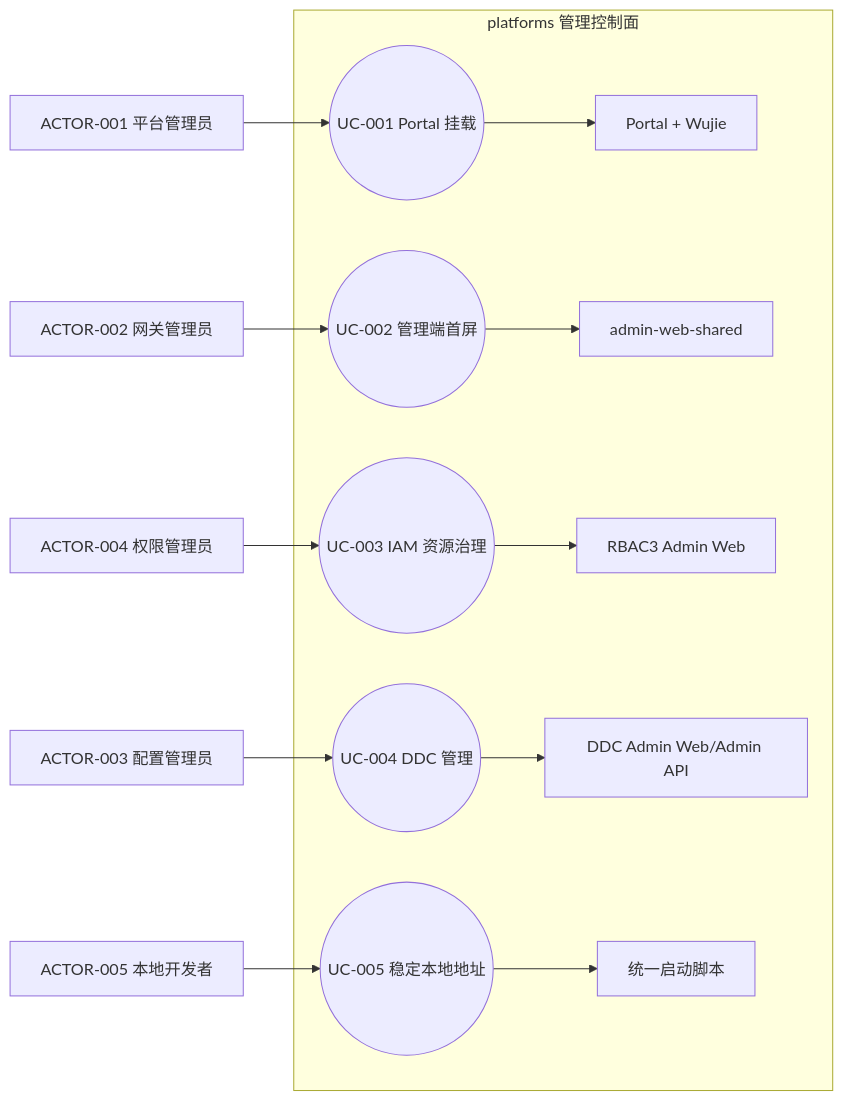
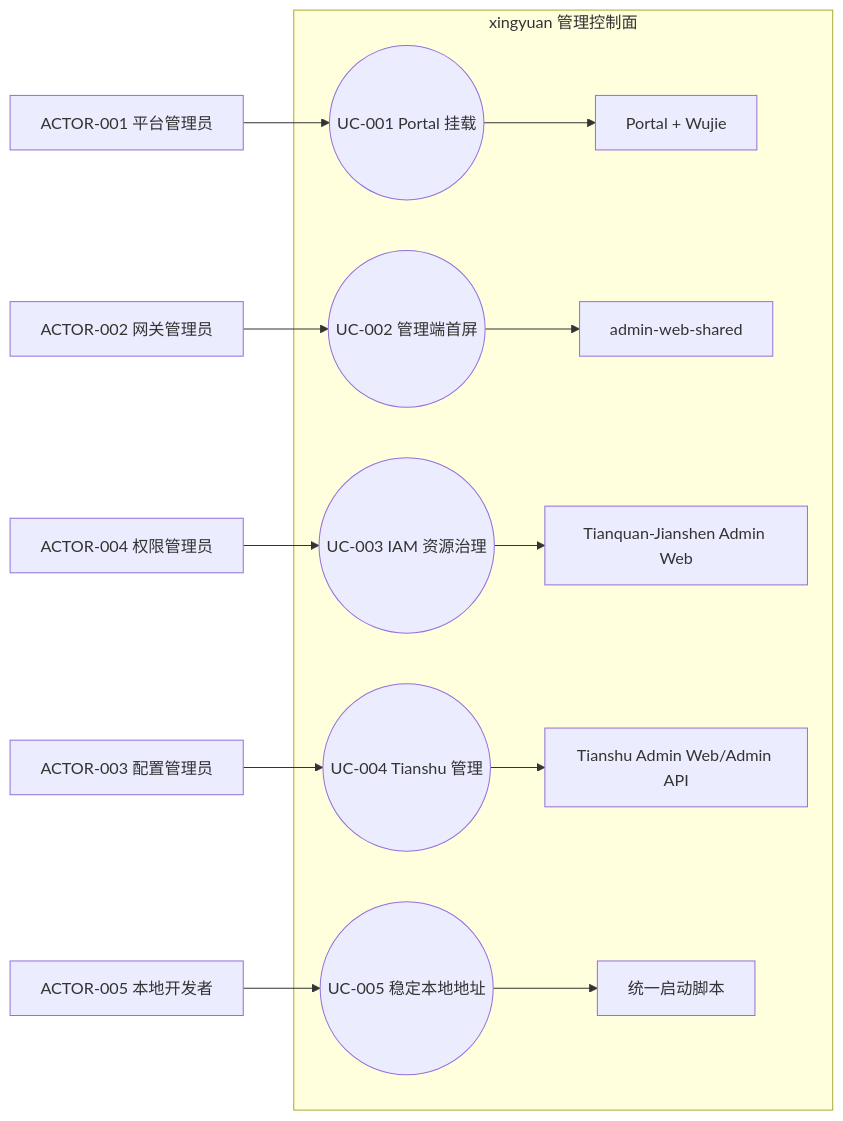
Before and after one commit to AllenDEricDAlexander/Egon-COLA: the first of 4 diagrams in docs/egon/spec/2026-08-28-11-06-platforms-web-runtime-repair-and-controller-coverage.md, drawn with Mermaid. The commit also changed other lines of this file and 233 other files, not shown here.

````diff
--- a/docs/egon/spec/2026-08-28-11-06-platforms-web-runtime-repair-and-controller-coverage.md
+++ b/docs/egon/spec/2026-08-28-11-06-platforms-web-runtime-repair-and-controller-coverage.md
@@ -155,15 +155,15 @@
 ```mermaid
 flowchart LR
     A1[ACTOR-001 平台管理员] --> U1((UC-001 Portal 挂载))
     A2[ACTOR-002 网关管理员] --> U2((UC-002 管理端首屏))
-    A3[ACTOR-003 配置管理员] --> U4((UC-004 DDC 管理))
+    A3[ACTOR-003 配置管理员] --> U4((UC-004 Tianshu 管理))
     A4[ACTOR-004 权限管理员] --> U3((UC-003 IAM 资源治理))
     A5[ACTOR-005 本地开发者] --> U5((UC-005 稳定本地地址))
-    subgraph PlatformScope[platforms 管理控制面]
+    subgraph PlatformScope[xingyuan 管理控制面]
       U1 --> Portal[Portal + Wujie]
       U2 --> Shared[admin-web-shared]
-      U3 --> RBAC[RBAC3 Admin Web]
-      U4 --> DDC[DDC Admin Web/Admin API]
+      U3 --> RBAC[Tianquan-Jianshen Admin Web]
+      U4 --> Tianshu[Tianshu Admin Web/Admin API]
       U5 --> Scripts[统一启动脚本]
     end
 ```
````
